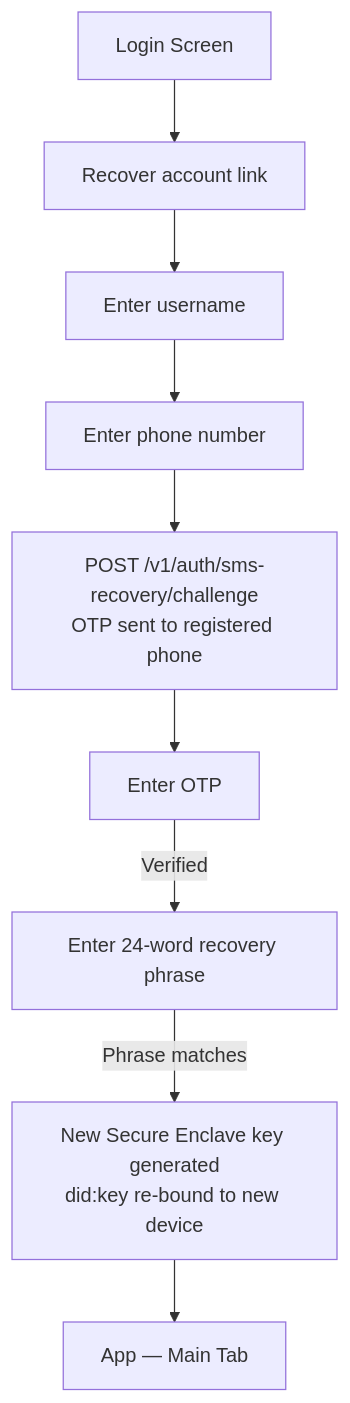
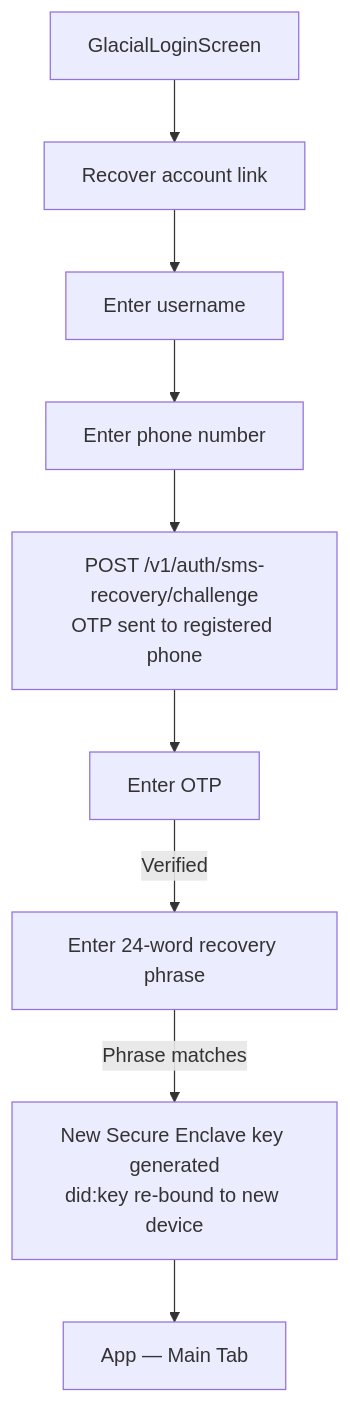
The fifth of 5 diagrams in docs/ux-spec.md (c1cromwell/echoapp), drawn with Mermaid before and after one commit. The commit also changed other lines of this file, not shown here.

````diff
--- a/docs/ux-spec.md
+++ b/docs/ux-spec.md
@@ -82,11 +85,11 @@
 ```mermaid
 flowchart TD
-    A[Login Screen] --> B[Recover account link]
+    A[GlacialLoginScreen] --> B[Recover account link]
     B --> C[Enter username]
     C --> D[Enter phone number]
     D --> E[POST /v1/auth/sms-recovery/challenge\nOTP sent to registered phone]
     E --> F[Enter OTP]
     F -- Verified --> G[Enter 24-word recovery phrase]
     G -- Phrase matches --> H[New Secure Enclave key generated\ndid:key re-bound to new device]
     H --> I[App — Main Tab]
 ```
````
